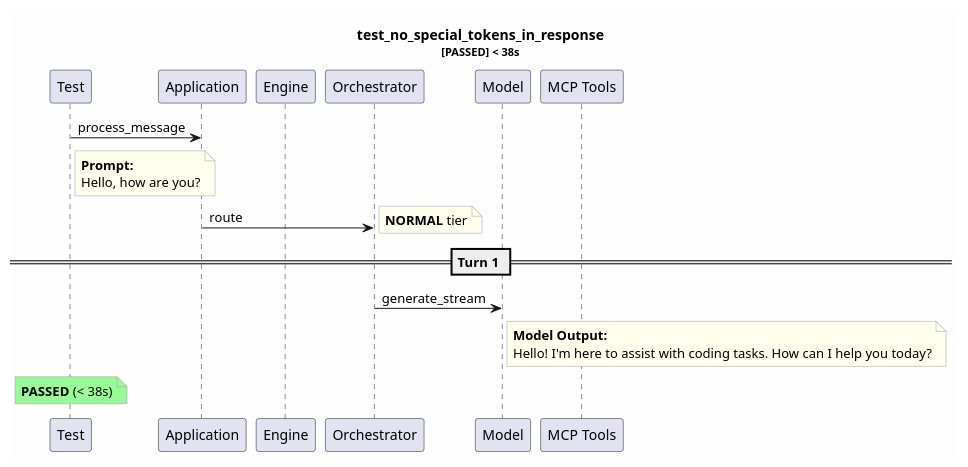
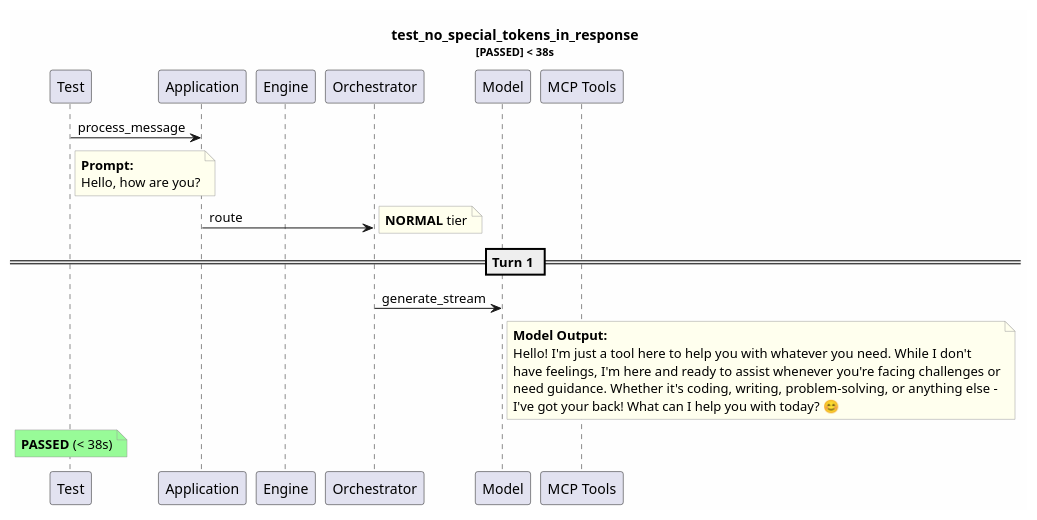
One commit to tvanfossen/entropic changed the diagram in test-reports/logs/test_no_special_tokens_in_response/test_no_special_tokens_in_response.puml. Above: the diagram before and after it, drawn with PlantUML. The commit also changed 57 other files, not shown here.

```diff
--- a/test-reports/logs/test_no_special_tokens_in_response/test_no_special_tokens_in_response.puml
+++ b/test-reports/logs/test_no_special_tokens_in_response/test_no_special_tokens_in_response.puml
@@ -1,31 +1,34 @@
 @startuml
 skinparam backgroundColor #FEFEFE
 skinparam noteBorderColor #999999
 skinparam noteBackgroundColor #FFFFEE
 title test_no_special_tokens_in_response\n<size:11>[PASSED] < 38s</size>
 
 participant "Test" as T
 participant "Application" as App
 participant "Engine" as Eng
 participant "Orchestrator" as Orch
 participant "Model" as Mdl
 participant "MCP Tools" as MCP
 
 T -> App: process_message
 note right of T
   **Prompt:**
   Hello, how are you?
 end note
 App -> Orch: route
 note right: **NORMAL** tier
 == Turn 1 ==
 Orch -> Mdl: generate_stream
 note right of Mdl
   **Model Output:**
-  Hello! I'm here to assist with coding tasks. How can I help you today?
+  Hello! I'm just a tool here to help you with whatever you need. While I don't 
+  have feelings, I'm here and ready to assist whenever you're facing challenges or
+  need guidance. Whether it's coding, writing, problem-solving, or anything else -
+  I've got your back! What can I help you with today? 😊
 end note
 note over T #palegreen
   **PASSED** (< 38s)
 end note
 
 @enduml
```
